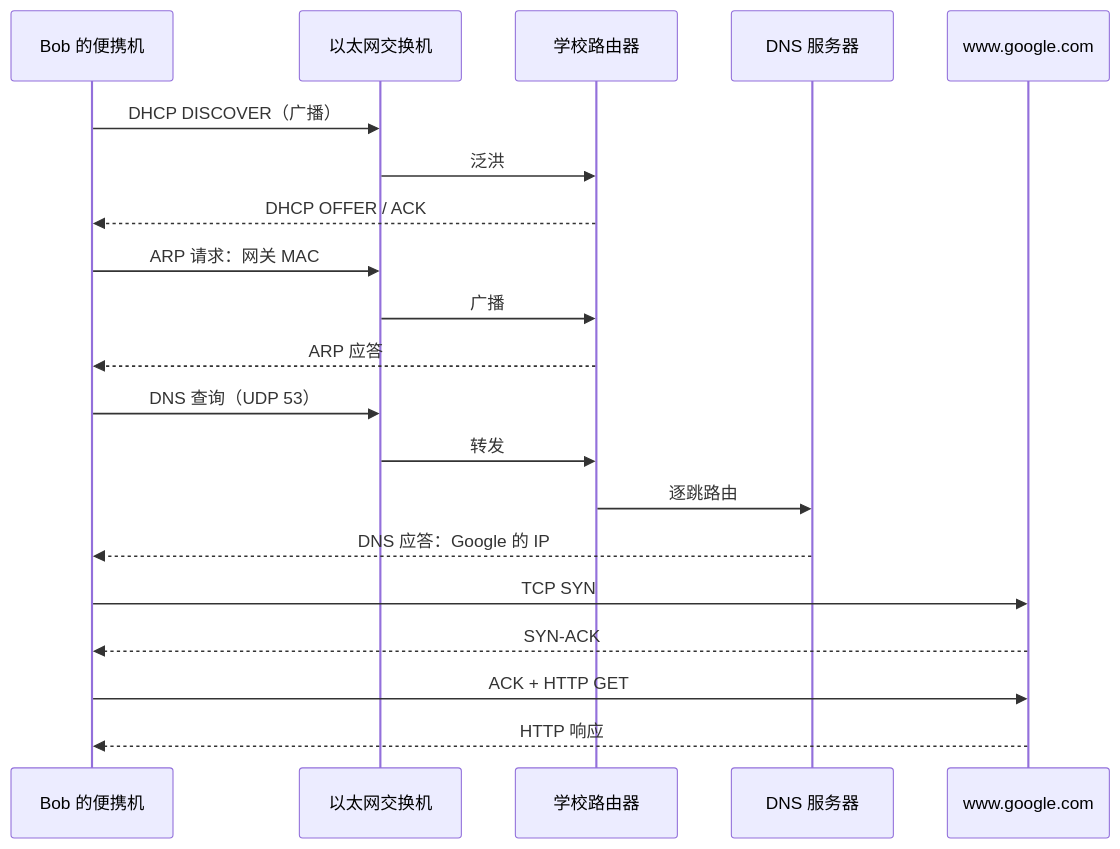
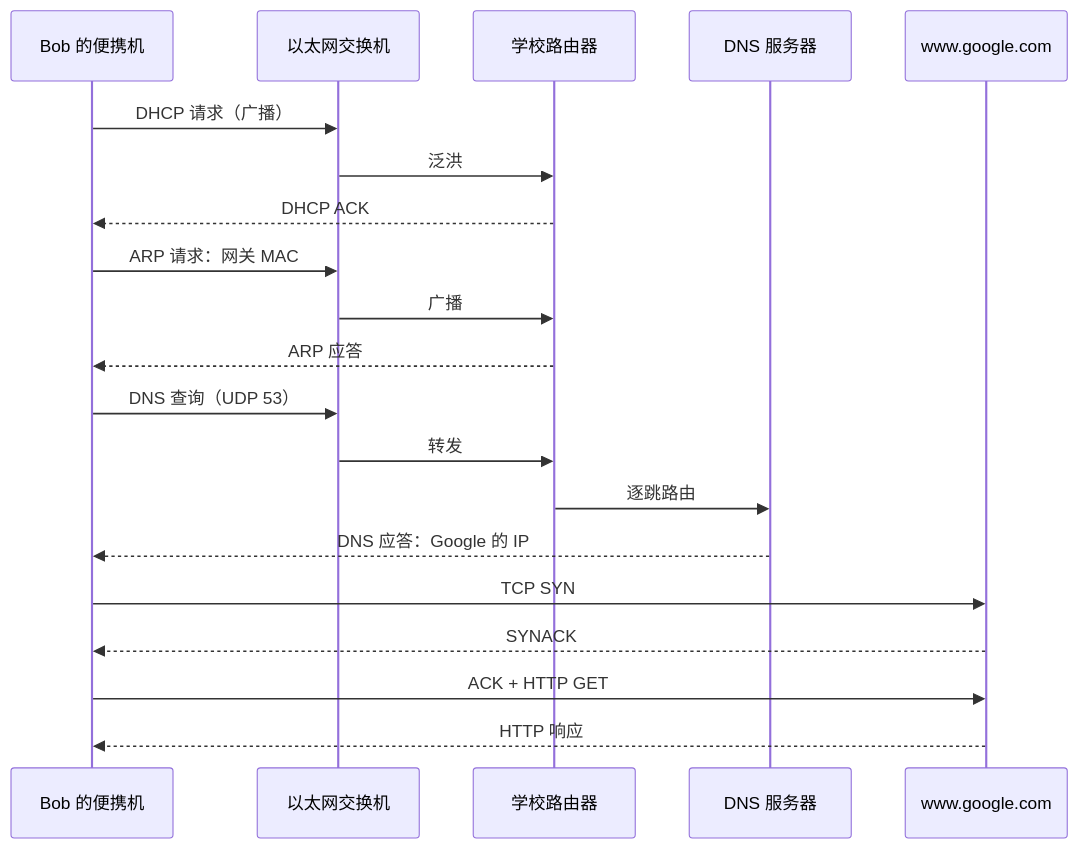
One commit to Meer-Matze/Meer-Matze.github.io changed diagram 13 of 13 in src/content/posts/链路层和局域网.md. Above: the diagram before and after it, drawn with Mermaid. The commit also changed other lines of this file, not shown here.

````diff
--- a/src/content/posts/链路层和局域网.md
+++ b/src/content/posts/链路层和局域网.md
@@ -1173,22 +1230,22 @@
 ```mermaid
 sequenceDiagram
-    participant Bob as Bob 的便携机
-    participant SW as 以太网交换机
-    participant GW as 学校路由器
-    participant DNS as DNS 服务器
-    participant Web as www.google.com
-    Bob->>SW: DHCP DISCOVER（广播）
-    SW->>GW: 泛洪
-    GW-->>Bob: DHCP OFFER / ACK
-    Bob->>SW: ARP 请求：网关 MAC
-    SW->>GW: 广播
-    GW-->>Bob: ARP 应答
-    Bob->>SW: DNS 查询（UDP 53）
-    SW->>GW: 转发
-    GW->>DNS: 逐跳路由
-    DNS-->>Bob: DNS 应答：Google 的 IP
-    Bob->>Web: TCP SYN
-    Web-->>Bob: SYN-ACK
-    Bob->>Web: ACK + HTTP GET
-    Web-->>Bob: HTTP 响应
+participant Bob as Bob 的便携机
+participant SW as 以太网交换机
+participant GW as 学校路由器
+participant DNS as DNS 服务器
+participant Web as www.google.com
+Bob->>SW: DHCP 请求（广播）
+SW->>GW: 泛洪
+GW-->>Bob: DHCP ACK
+Bob->>SW: ARP 请求：网关 MAC
+SW->>GW: 广播
+GW-->>Bob: ARP 应答
+Bob->>SW: DNS 查询（UDP 53）
+SW->>GW: 转发
+GW->>DNS: 逐跳路由
+DNS-->>Bob: DNS 应答：Google 的 IP
+Bob->>Web: TCP SYN
+Web-->>Bob: SYNACK
+Bob->>Web: ACK + HTTP GET
+Web-->>Bob: HTTP 响应
 ```
````
